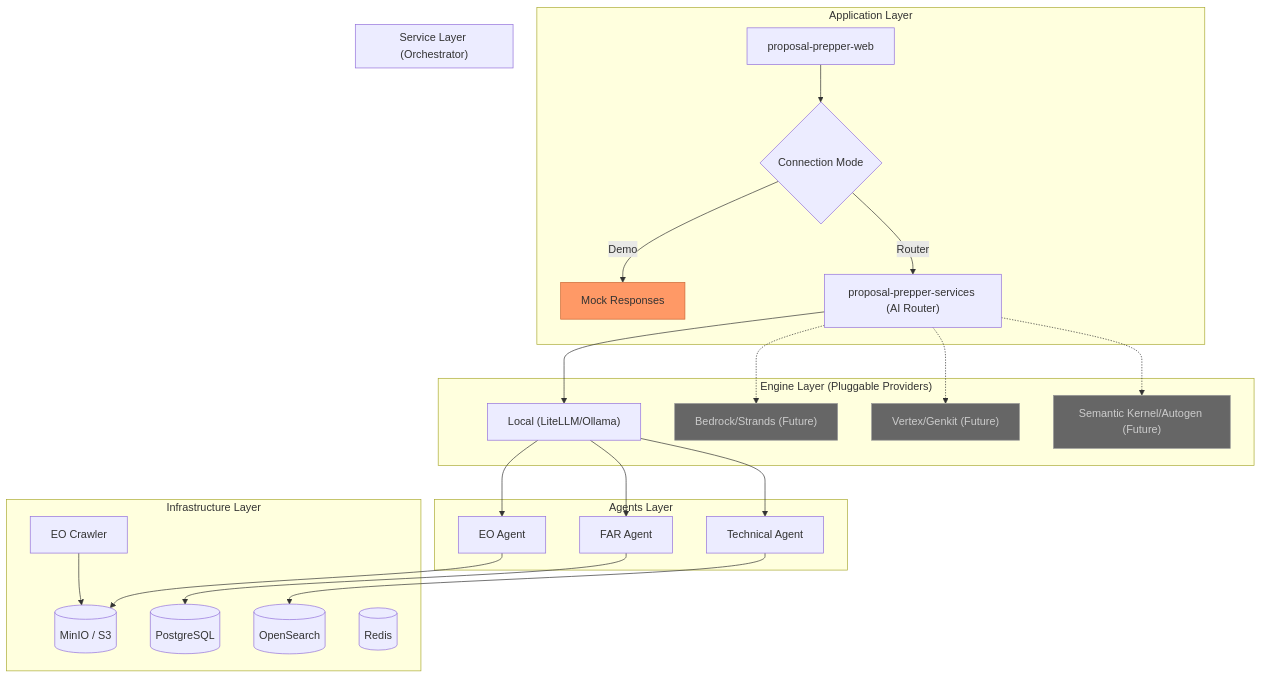
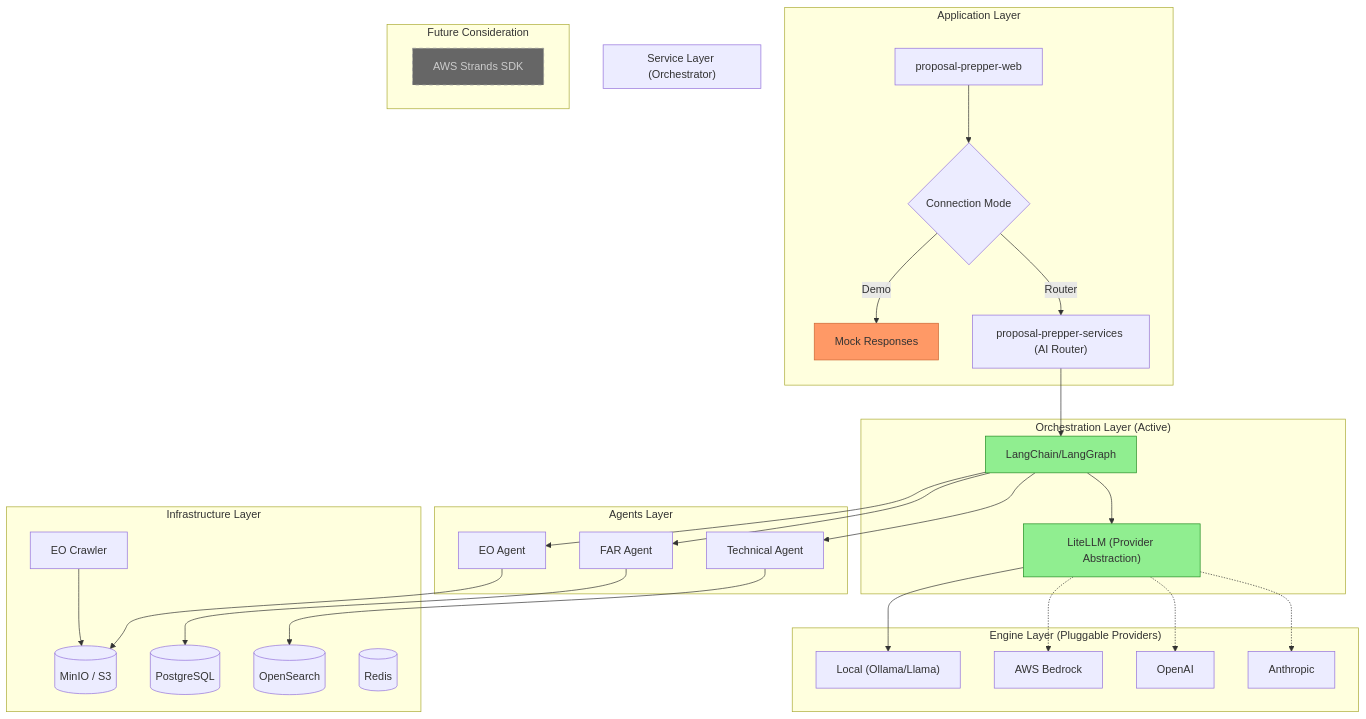
The diagram in proposal-prepper-docs/architecture_on_prem_vs_cloud.md (SeventeenSierra/proposal-prepper), drawn with Mermaid before and after one commit. The commit also changed other lines of this file and 14 other files, not shown here.

````diff
--- a/proposal-prepper-docs/architecture_on_prem_vs_cloud.md
+++ b/proposal-prepper-docs/architecture_on_prem_vs_cloud.md
@@ -24,54 +24,66 @@
 ```mermaid
 graph TD
     subgraph "Application Layer"
         WEB["proposal-prepper-web"]
         MODE{"Connection Mode"}
         WEB --> MODE
         MODE -->|Demo| MOCK["Mock Responses"]
         MODE -->|Router| SVC
     end
 
     subgraph "Service Layer (Orchestrator)"
         SVC["proposal-prepper-services (AI Router)"]
     end
 
+    subgraph "Orchestration Layer (Active)"
+        LANGCHAIN["LangChain/LangGraph"]
+        LITELLM["LiteLLM (Provider Abstraction)"]
+        
+        SVC --> LANGCHAIN
+        LANGCHAIN --> LITELLM
+    end
+
     subgraph "Engine Layer (Pluggable Providers)"
-        LOCAL["Local (LiteLLM/Ollama)"]
-        AWS["Bedrock/Strands (Future)"]
-        GCP["Vertex/Genkit (Future)"]
-        MSFT["Semantic Kernel/Autogen (Future)"]
+        LOCAL["Local (Ollama/Llama)"]
+        BEDROCK["AWS Bedrock"]
+        OPENAI["OpenAI"]
+        ANTHROPIC["Anthropic"]
         
-        SVC --> LOCAL
-        SVC -.-> AWS
-        SVC -.-> GCP
-        SVC -.-> MSFT
+        LITELLM --> LOCAL
+        LITELLM -.-> BEDROCK
+        LITELLM -.-> OPENAI
+        LITELLM -.-> ANTHROPIC
+    end
+    
+    subgraph "Future Consideration"
+        STRANDS["AWS Strands SDK"]
+        style STRANDS fill:#666,stroke:#999,color:#ccc,stroke-dasharray: 5 5
     end
 
     subgraph "Agents Layer"
         FAR["FAR Agent"]
         EO["EO Agent"]
         TECH["Technical Agent"]
         
-        LOCAL --> FAR
-        LOCAL --> EO
-        LOCAL --> TECH
+        LANGCHAIN --> FAR
+        LANGCHAIN --> EO
+        LANGCHAIN --> TECH
     end
 
     subgraph "Infrastructure Layer"
         CRAWLER["EO Crawler"]
         STORAGE[("MinIO / S3")]
         DB[("PostgreSQL")]
         VECTOR[("OpenSearch")]
         CACHE[("Redis")]
         
         CRAWLER --> STORAGE
         FAR --> DB
         EO --> STORAGE
         TECH --> VECTOR
     end
 
     style MOCK fill:#f96,stroke:#c63
-    style AWS fill:#666,stroke:#999,color:#ccc
-    style GCP fill:#666,stroke:#999,color:#ccc
-    style MSFT fill:#666,stroke:#999,color:#ccc
+    style LANGCHAIN fill:#90EE90,stroke:#228B22
+    style LITELLM fill:#90EE90,stroke:#228B22
 ```
````
